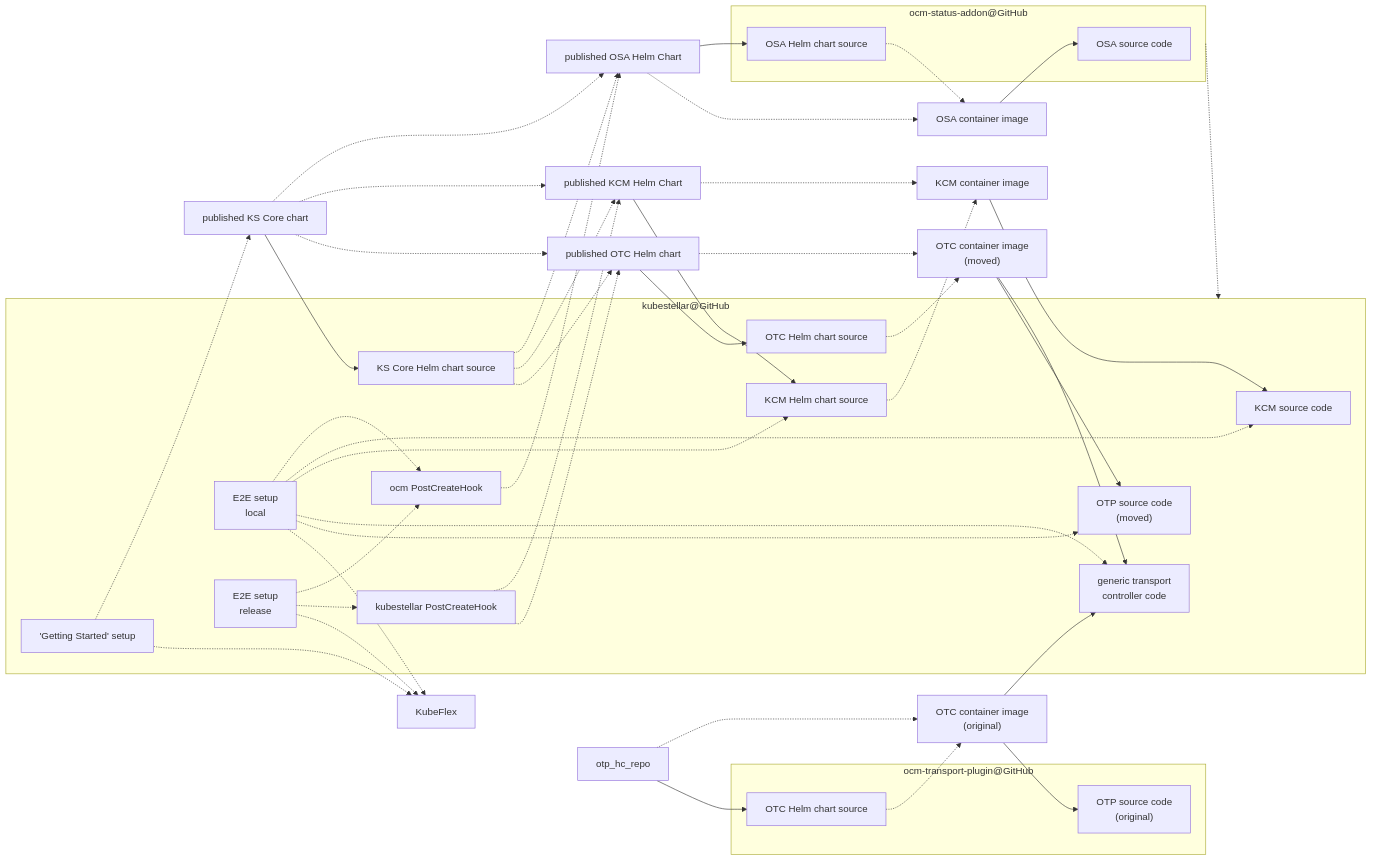
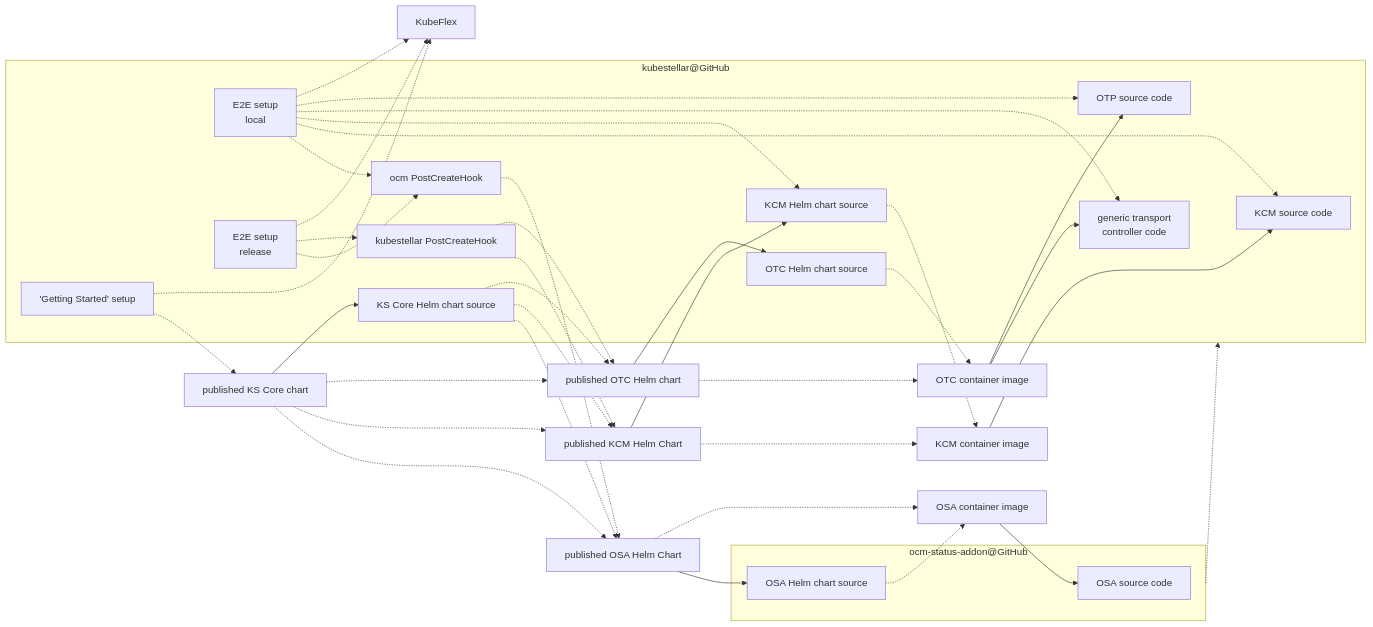
The fifth of 5 diagrams in docs/content/direct/packaging.md (kubestellar/kubestellar), drawn with Mermaid before and after one commit. The commit also changed other lines of this file and 1 other file, not shown here.

Commit message:
Document retirement of ks/ocm-transport-plugin

````diff
--- a/docs/content/direct/packaging.md
+++ b/docs/content/direct/packaging.md
@@ -347,65 +344,56 @@
 ```mermaid
 flowchart LR
-    subgraph otp_repo["ocm-transport-plugin@GitHub"]
-    otp_code_ur["OTP source code<br>(original)"]
-    otp_hc_src[OTC Helm chart source]
-    end
     subgraph osa_repo["ocm-status-addon@GitHub"]
     osa_code[OSA source code]
     osa_hc_src[OSA Helm chart source]
     end
     osa_ctr_image[OSA container image] --> osa_code
     osa_hc_repo[published OSA Helm Chart] --> osa_hc_src
     osa_hc_src -.-> osa_ctr_image
     osa_hc_repo -.-> osa_ctr_image
     subgraph ks_repo["kubestellar@GitHub"]
     kcm_code[KCM source code]
     gtc_code["generic transport<br>controller code"]
-    otp_code["OTP source code<br>(moved)"]
+    otp_code[OTP source code]
     kcm_hc_src[KCM Helm chart source]
     otc_hc_src[OTC Helm chart source]
     ksc_hc_src[KS Core Helm chart source]
     ks_pch[kubestellar PostCreateHook]
     ocm_pch["ocm PostCreateHook"]
     setup_ksc["'Getting Started' setup"]
     e2e_local["E2E setup<br>local"]
     e2e_release["E2E setup<br>release"]
     end
     osa_repo -.-> ks_repo
     ocm_pch -.-> osa_hc_repo
     kcm_ctr_image[KCM container image] --> kcm_code
     kcm_hc_repo[published KCM Helm Chart] --> kcm_hc_src
     kcm_hc_src -.-> kcm_ctr_image
     kcm_hc_repo -.-> kcm_ctr_image
     ks_pch -.-> kcm_hc_repo
     ks_pch -.-> otc_hc_repo[published OTC Helm chart]
-    otc_ctr_image["OTC container image<br>(moved)"]
+    otc_ctr_image[OTC container image]
     otc_ctr_image --> gtc_code
     otc_ctr_image --> otp_code
     otc_hc_src -.-> otc_ctr_image
-    otp_hc_repo -.-> otc_ctr_image_ur["OTC container image<br>(original)"]
-    otp_hc_repo --> otp_hc_src
-    otp_hc_src -.-> otc_ctr_image_ur
-    otc_ctr_image_ur --> gtc_code
-    otc_ctr_image_ur --> otp_code_ur
     otc_hc_repo --> otc_hc_src
     otc_hc_repo -.-> otc_ctr_image
     ksc_hc_repo[published KS Core chart] --> ksc_hc_src
     ksc_hc_src -.-> osa_hc_repo
     ksc_hc_src -.-> kcm_hc_repo
     ksc_hc_src -.-> otc_hc_repo
     ksc_hc_repo -.-> osa_hc_repo
     ksc_hc_repo -.-> kcm_hc_repo
     ksc_hc_repo -.-> otc_hc_repo
     setup_ksc -.-> ksc_hc_repo
     setup_ksc -.-> KubeFlex
     e2e_local -.-> ocm_pch
     e2e_local -.-> kcm_code
     e2e_local -.-> kcm_hc_src
     e2e_local -.-> gtc_code
     e2e_local -.-> otp_code
     e2e_local -.-> KubeFlex
     e2e_release -.-> ocm_pch
     e2e_release -.-> ks_pch
     e2e_release -.-> KubeFlex
 ```
````
